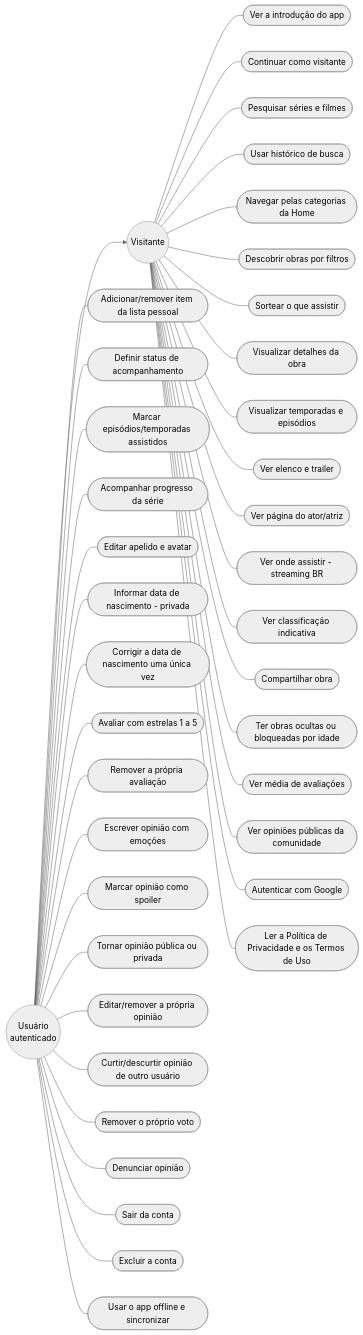
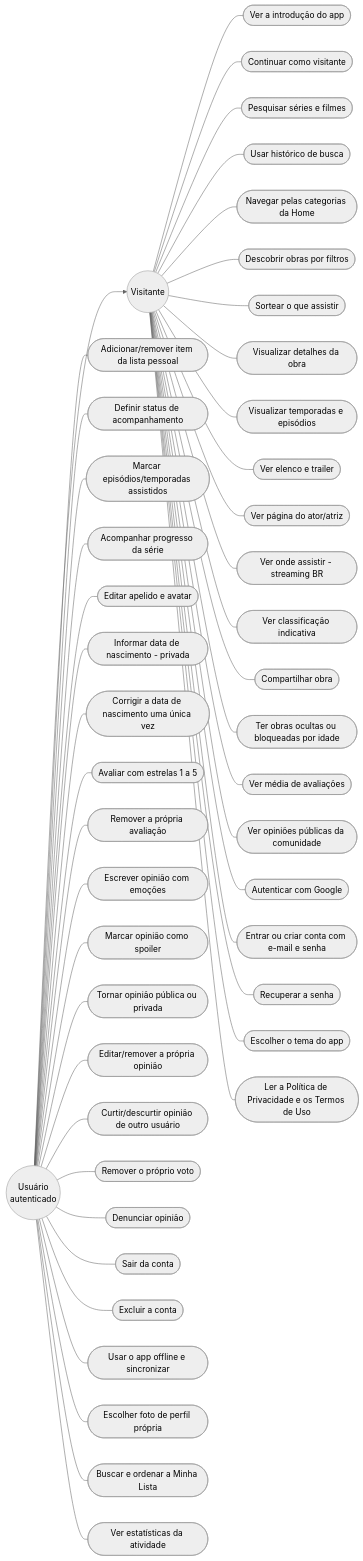
The diagram in docs/casos-de-uso.md (Lucksander/Seriando), drawn with Mermaid (neutral theme) before and after one commit. The commit also changed other lines of this file and 24 other files, not shown here.

First line of the commit message:
Adiciona login por e-mail e senha

````diff
--- a/docs/casos-de-uso.md
+++ b/docs/casos-de-uso.md
@@ -10,47 +10,53 @@
 ```mermaid
 graph LR
   Visitante((Visitante))
   Usuario((Usuário
   autenticado))
   Usuario --> Visitante
 
   Visitante --- UC25([Ver a introdução do app])
   Visitante --- UC26([Continuar como visitante])
   Visitante --- UC01([Pesquisar séries e filmes])
   Visitante --- UC30([Usar histórico de busca])
   Visitante --- UC27([Navegar pelas categorias da Home])
   Visitante --- UC28([Descobrir obras por filtros])
   Visitante --- UC29([Sortear o que assistir])
   Visitante --- UC02([Visualizar detalhes da obra])
   Visitante --- UC03([Visualizar temporadas e episódios])
   Visitante --- UC04([Ver elenco e trailer])
   Visitante --- UC31([Ver página do ator/atriz])
   Visitante --- UC05([Ver onde assistir - streaming BR])
   Visitante --- UC32([Ver classificação indicativa])
   Visitante --- UC33([Compartilhar obra])
   Visitante --- UC34([Ter obras ocultas ou bloqueadas por idade])
   Visitante --- UC06([Ver média de avaliações])
   Visitante --- UC07([Ver opiniões públicas da comunidade])
   Visitante --- UC08([Autenticar com Google])
+  Visitante --- UC39([Entrar ou criar conta com e-mail e senha])
+  Visitante --- UC40([Recuperar a senha])
+  Visitante --- UC44([Escolher o tema do app])
   Visitante --- UC38([Ler a Política de Privacidade e os Termos de Uso])
 
   Usuario --- UC09([Adicionar/remover item da lista pessoal])
   Usuario --- UC10([Definir status de acompanhamento])
   Usuario --- UC11([Marcar episódios/temporadas assistidos])
   Usuario --- UC12([Acompanhar progresso da série])
   Usuario --- UC13([Editar apelido e avatar])
   Usuario --- UC14([Informar data de nascimento - privada])
   Usuario --- UC35([Corrigir a data de nascimento uma única vez])
   Usuario --- UC15([Avaliar com estrelas 1 a 5])
   Usuario --- UC16([Remover a própria avaliação])
   Usuario --- UC17([Escrever opinião com emoções])
   Usuario --- UC18([Marcar opinião como spoiler])
   Usuario --- UC19([Tornar opinião pública ou privada])
   Usuario --- UC20([Editar/remover a própria opinião])
   Usuario --- UC21([Curtir/descurtir opinião de outro usuário])
   Usuario --- UC22([Remover o próprio voto])
   Usuario --- UC23([Denunciar opinião])
   Usuario --- UC24([Sair da conta])
   Usuario --- UC36([Excluir a conta])
   Usuario --- UC37([Usar o app offline e sincronizar])
+  Usuario --- UC41([Escolher foto de perfil própria])
+  Usuario --- UC42([Buscar e ordenar a Minha Lista])
+  Usuario --- UC43([Ver estatísticas da atividade])
 ```
````
